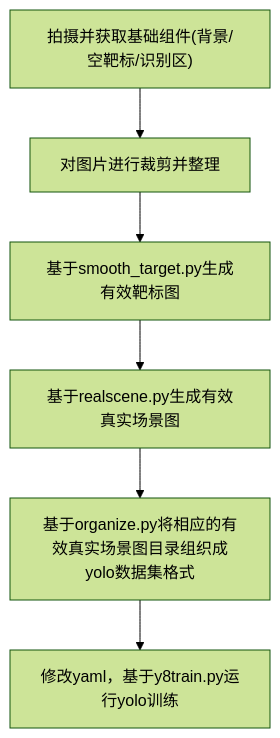
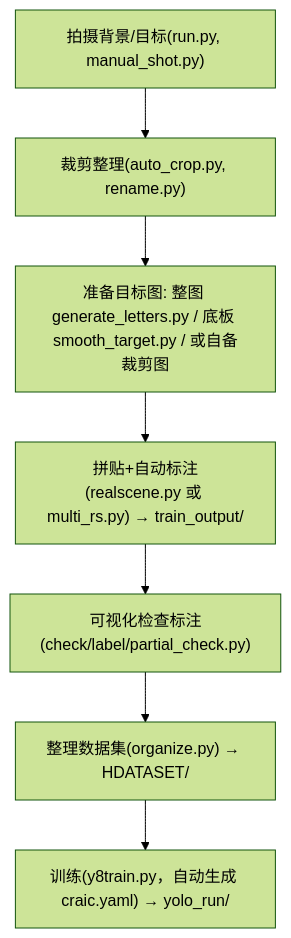
Before and after one commit to consefact/Realscene-Yolo: the diagram in README.md, drawn with Mermaid (forest theme). The commit also changed other lines of this file and 24 other files, not shown here.

````diff
--- a/README.md
+++ b/README.md
@@ -21,8 +40,9 @@
 ```mermaid
 graph TD
-    A["拍摄并获取基础组件(背景/空靶标/识别区)"] --> B["对图片进行裁剪并整理"]
-    B --> C["基于smooth_target.py生成有效靶标图"]
-    C --> D["基于realscene.py生成有效真实场景图"]
-    D --> E["基于organize.py将相应的有效真实场景图目录组织成yolo数据集格式"]
-    E --> F["修改yaml，基于y8train.py运行yolo训练"]
+    A["拍摄背景/目标(run.py, manual_shot.py)"] --> B["裁剪整理(auto_crop.py, rename.py)"]
+    B --> C["准备目标图: 整图 generate_letters.py / 底板 smooth_target.py / 或自备裁剪图"]
+    C --> D["拼贴+自动标注(realscene.py 或 multi_rs.py) → train_output/"]
+    D --> E["可视化检查标注(check/label/partial_check.py)"]
+    E --> F["整理数据集(organize.py) → HDATASET/"]
+    F --> G["训练(y8train.py，自动生成 craic.yaml) → yolo_run/"]
 ```
````
